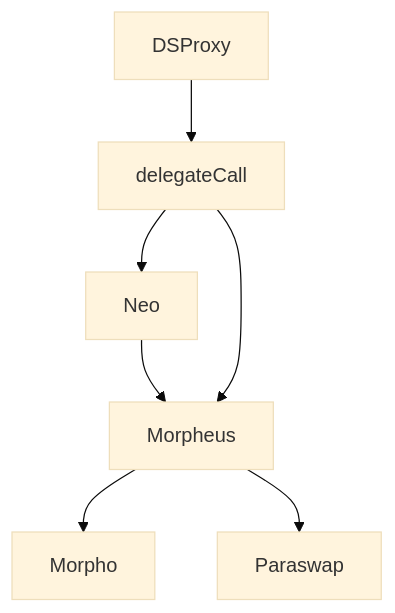
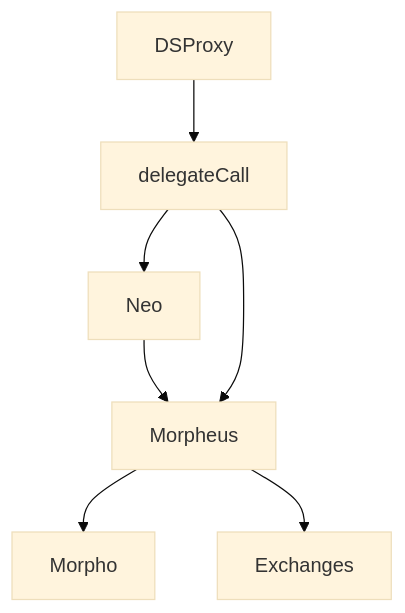
One commit to Morphous-xyz/morphous changed the diagram in README.md. Above: the diagram before and after it, drawn with Mermaid (base theme). The commit also changed other lines of this file, not shown here.

Commit message:
refactor: fix typo readme

````diff
--- a/README.md
+++ b/README.md
@@ -41,9 +41,9 @@
 ```mermaid
 graph TD
 	DSProxy --> delegateCall
 	delegateCall --> Neo
 	Neo --> Morpheus
 	delegateCall --> Morpheus
     Morpheus --> Morpho
-    Morpheus --> Paraswap
+    Morpheus --> Exchanges
 ```
````
